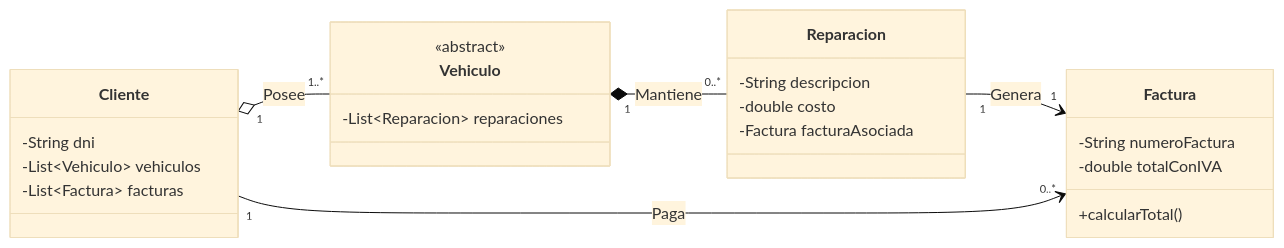
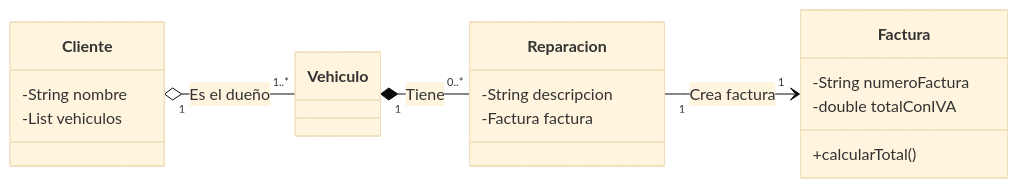
One commit to bbaakkuu-svg/6.3-Diagrama_De_Clases changed the second of 2 diagrams in README.md. Above: the diagram before and after it, drawn with Mermaid (base theme). The commit also changed other lines of this file and 11 other files, not shown here.

````diff
--- a/README.md
+++ b/README.md
@@ -234,33 +122,24 @@
 ```mermaid
 classDiagram
     direction LR
-    
+  
     class Cliente {
-        -String dni
-        -List~Vehiculo~ vehiculos
-        -List~Factura~ facturas
-    }
-
-    class Vehiculo {
-        <<abstract>>
-        -List~Reparacion~ reparaciones
+        -String nombre
+        -List vehiculos
     }
 
     class Reparacion {
         -String descripcion
-        -double costo
-        -Factura facturaAsociada
+        -Factura factura
     }
 
     class Factura {
         -String numeroFactura
         -double totalConIVA
         +calcularTotal()
     }
 
-    %% Nuevas Relaciones de Ingeniería Inversa
-    Vehiculo "1" *-- "0..*" Reparacion : Mantiene
-    Reparacion "1" --> "1" Factura : Genera
-    Cliente "1" --> "0..*" Factura : Paga
-    Cliente "1" o-- "1..*" Vehiculo : Posee
+    Vehiculo "1" *-- "0..*" Reparacion : Tiene
+    Reparacion "1" --> "1" Factura : Crea factura
+    Cliente "1" o-- "1..*" Vehiculo : Es el dueño
 ```
````
